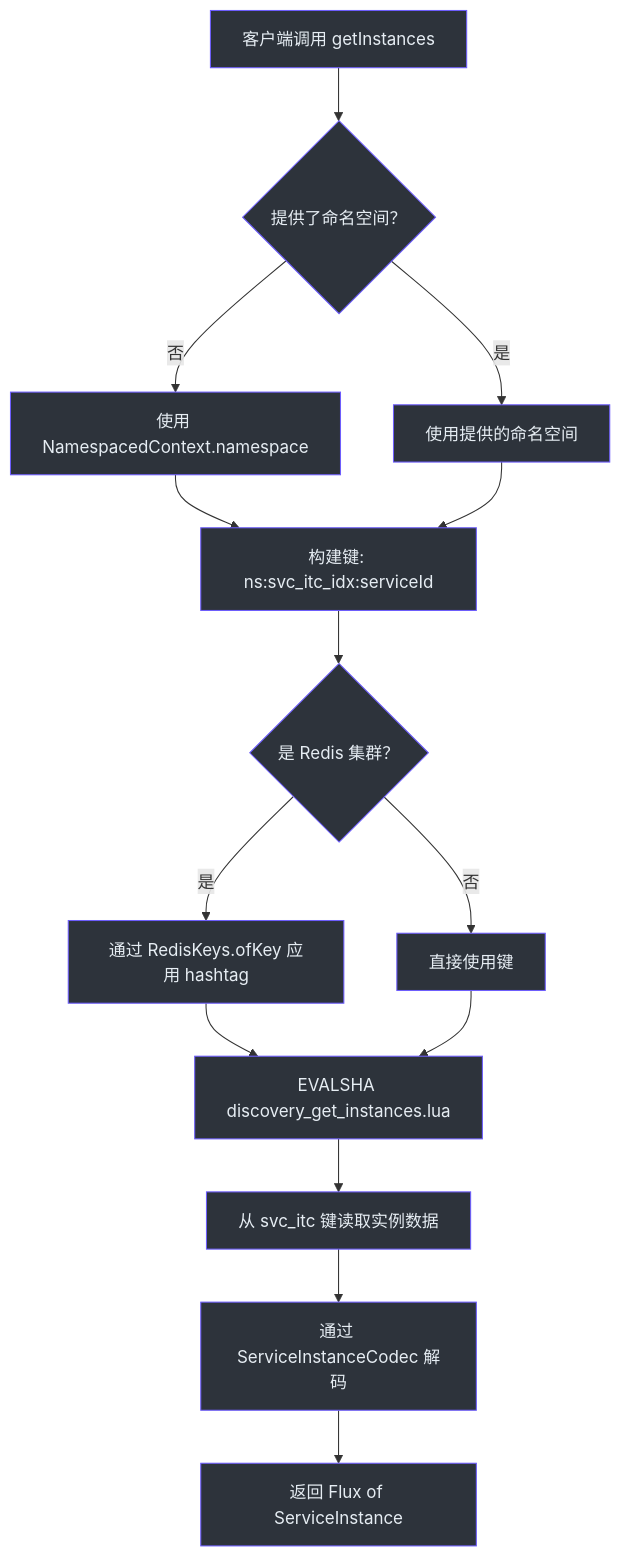
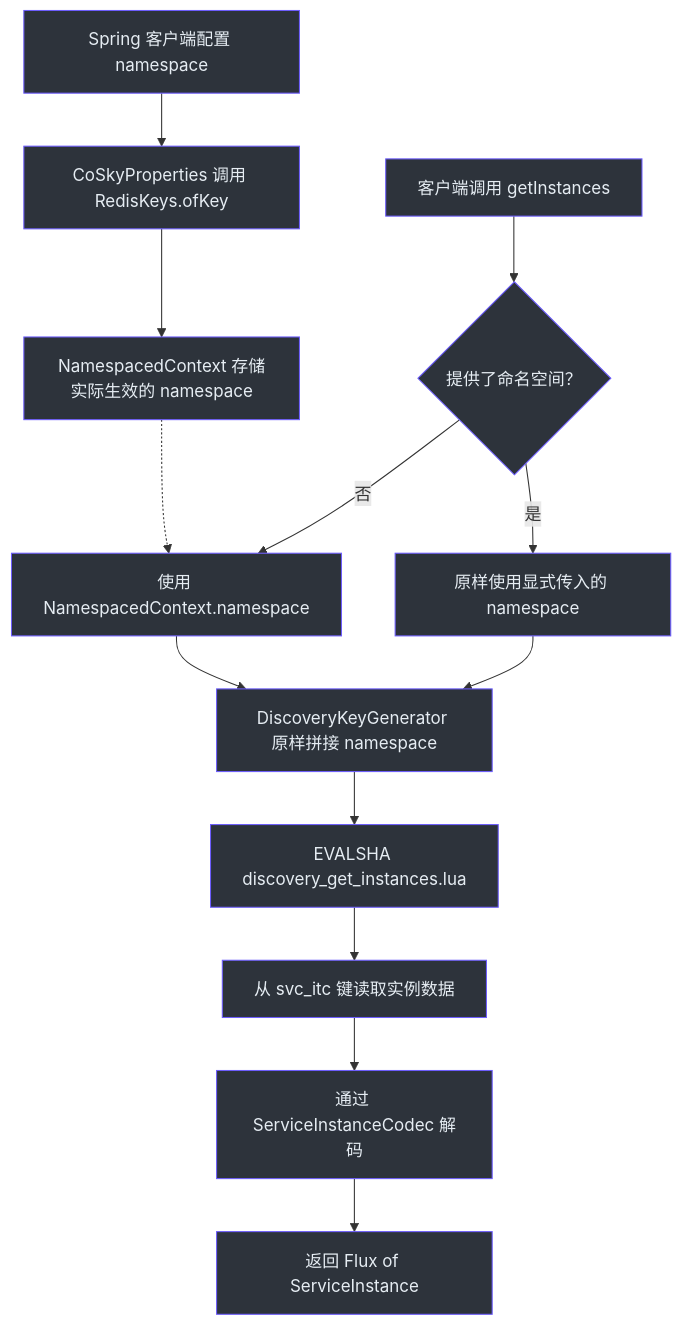
One commit to Ahoo-Wang/CoSky changed the sixth of 6 diagrams in wiki/zh/guide/core.md. Above: the diagram before and after it, drawn with Mermaid. The commit also changed other lines of this file and 3 other files, not shown here.

````diff
--- a/wiki/zh/guide/core.md
+++ b/wiki/zh/guide/core.md
@@ -344,29 +348,28 @@
 ```mermaid
 flowchart TD
-    A[客户端调用 getInstances] --> B{提供了命名空间？}
-    B -->|否| C[使用 NamespacedContext.namespace]
-    B -->|是| D[使用提供的命名空间]
-    C --> E[构建键: ns:svc_itc_idx:serviceId]
-    D --> E
-    E --> F{是 Redis 集群？}
-    F -->|是| G[通过 RedisKeys.ofKey 应用 hashtag]
-    F -->|否| H[直接使用键]
-    G --> I[EVALSHA discovery_get_instances.lua]
-    H --> I
+    A[Spring 客户端配置 namespace] --> B[CoSkyProperties 调用 RedisKeys.ofKey]
+    B --> C[NamespacedContext 存储实际生效的 namespace]
+    D[客户端调用 getInstances] --> E{提供了命名空间？}
+    E -->|否| F[使用 NamespacedContext.namespace]
+    E -->|是| G[原样使用显式传入的 namespace]
+    C -.-> F
+    F --> H[DiscoveryKeyGenerator 原样拼接 namespace]
+    G --> H
+    H --> I[EVALSHA discovery_get_instances.lua]
     I --> J[从 svc_itc 键读取实例数据]
     J --> K[通过 ServiceInstanceCodec 解码]
     K --> L[返回 Flux of ServiceInstance]
 
     style A fill:#2d333b,stroke:#6d5dfc,color:#e6edf3
     style B fill:#2d333b,stroke:#6d5dfc,color:#e6edf3
     style C fill:#2d333b,stroke:#6d5dfc,color:#e6edf3
     style D fill:#2d333b,stroke:#6d5dfc,color:#e6edf3
     style E fill:#2d333b,stroke:#6d5dfc,color:#e6edf3
     style F fill:#2d333b,stroke:#6d5dfc,color:#e6edf3
     style G fill:#2d333b,stroke:#6d5dfc,color:#e6edf3
     style H fill:#2d333b,stroke:#6d5dfc,color:#e6edf3
     style I fill:#2d333b,stroke:#6d5dfc,color:#e6edf3
     style J fill:#2d333b,stroke:#6d5dfc,color:#e6edf3
     style K fill:#2d333b,stroke:#6d5dfc,color:#e6edf3
     style L fill:#2d333b,stroke:#6d5dfc,color:#e6edf3
 ```
````
